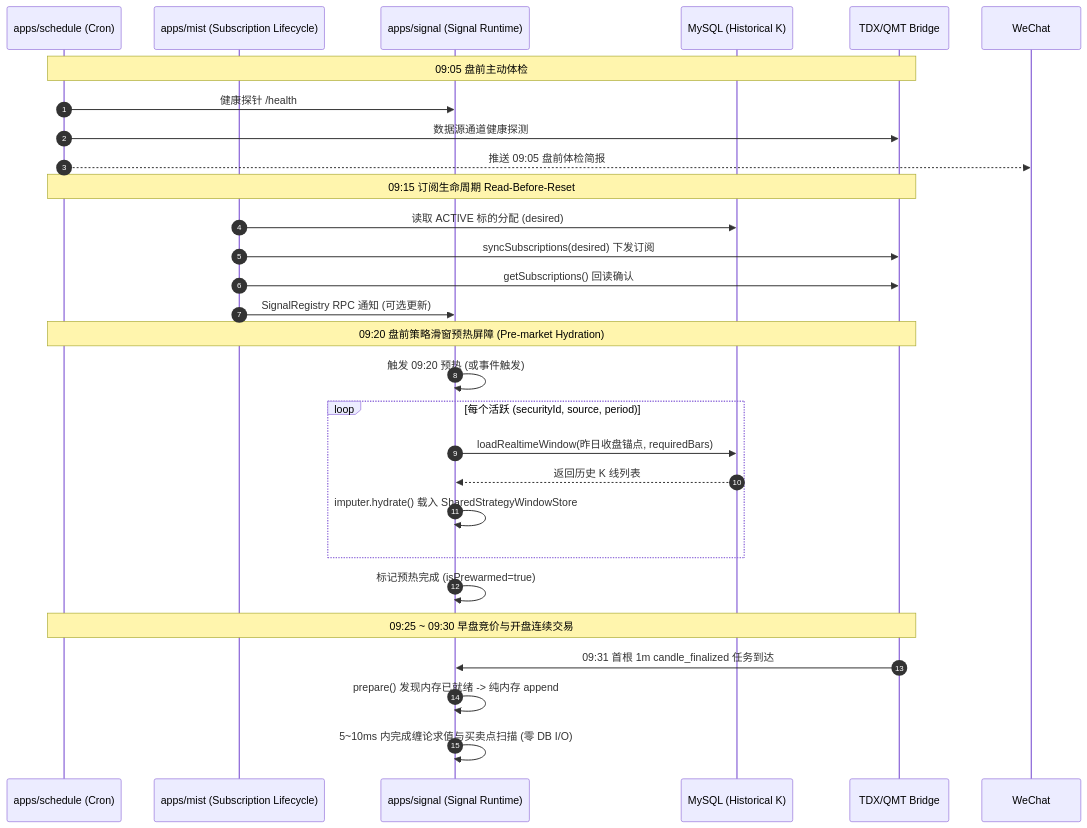
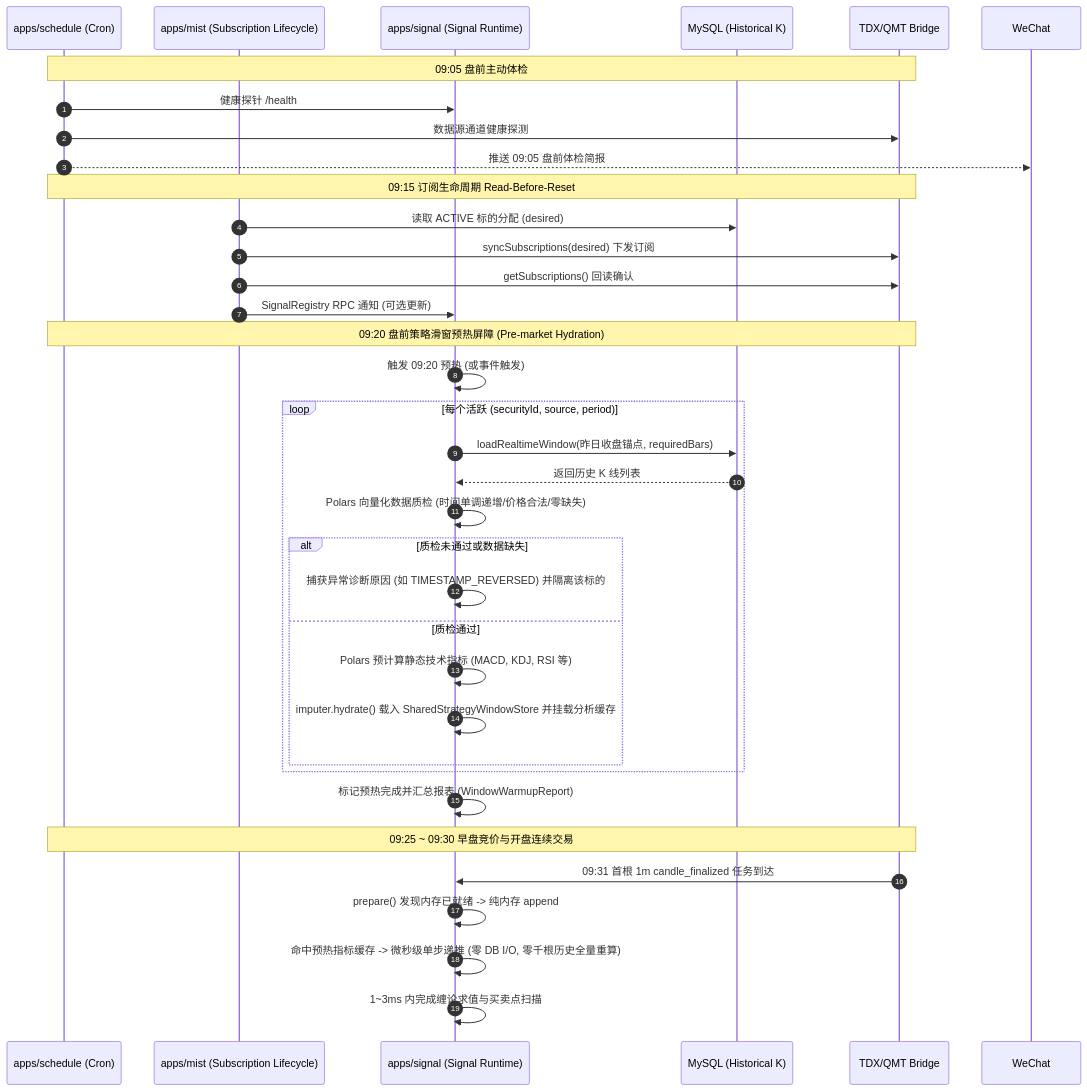
Before and after one commit to mist-trade/mist: the diagram in openspec/changes/add-pre-market-strategy-hydration/design.md, drawn with Mermaid. The commit also changed other lines of this file and 7 other files, not shown here.

````diff
--- a/openspec/changes/add-pre-market-strategy-hydration/design.md
+++ b/openspec/changes/add-pre-market-strategy-hydration/design.md
@@ -7,34 +7,41 @@
 ```mermaid
 sequenceDiagram
     autonumber
     participant Sch as apps/schedule (Cron)
     participant Coord as apps/mist (Subscription Lifecycle)
     participant Sig as apps/signal (Signal Runtime)
     participant DB as MySQL (Historical K)
     participant DS as TDX/QMT Bridge
 
     Note over Sch,DS: 09:05 盘前主动体检
     Sch->>Sig: 健康探针 /health
     Sch->>DS: 数据源通道健康探测
     Sch-->>WeChat: 推送 09:05 盘前体检简报
 
     Note over Sch,DS: 09:15 订阅生命周期 Read-Before-Reset
     Coord->>DB: 读取 ACTIVE 标的分配 (desired)
     Coord->>DS: syncSubscriptions(desired) 下发订阅
     Coord->>DS: getSubscriptions() 回读确认
     Coord->>Sig: SignalRegistry RPC 通知 (可选更新)
 
     Note over Sch,DS: 09:20 盘前策略滑窗预热屏障 (Pre-market Hydration)
     Sig->>Sig: 触发 09:20 预热 (或事件触发)
     loop 每个活跃 (securityId, source, period)
         Sig->>DB: loadRealtimeWindow(昨日收盘锚点, requiredBars)
         DB-->>Sig: 返回历史 K 线列表
-        Sig->>Sig: imputer.hydrate() 载入 SharedStrategyWindowStore
+        Sig->>Sig: Polars 向量化数据质检 (时间单调递增/价格合法/零缺失)
+        alt 质检未通过或数据缺失
+            Sig->>Sig: 捕获异常诊断原因 (如 TIMESTAMP_REVERSED) 并隔离该标的
+        else 质检通过
+            Sig->>Sig: Polars 预计算静态技术指标 (MACD, KDJ, RSI 等)
+            Sig->>Sig: imputer.hydrate() 载入 SharedStrategyWindowStore 并挂载分析缓存
+        end
     end
-    Sig->>Sig: 标记预热完成 (isPrewarmed=true)
+    Sig->>Sig: 标记预热完成并汇总报表 (WindowWarmupReport)
 
     Note over Sch,DS: 09:25 ~ 09:30 早盘竞价与开盘连续交易
     DS->>Sig: 09:31 首根 1m candle_finalized 任务到达
     Sig->>Sig: prepare() 发现内存已就绪 -> 纯内存 append
-    Sig->>Sig: 5~10ms 内完成缠论求值与买卖点扫描 (零 DB I/O)
+    Sig->>Sig: 命中预热指标缓存 -> 微秒级单步递推 (零 DB I/O, 零千根历史全量重算)
+    Sig->>Sig: 1~3ms 内完成缠论求值与买卖点扫描
 ```
````
